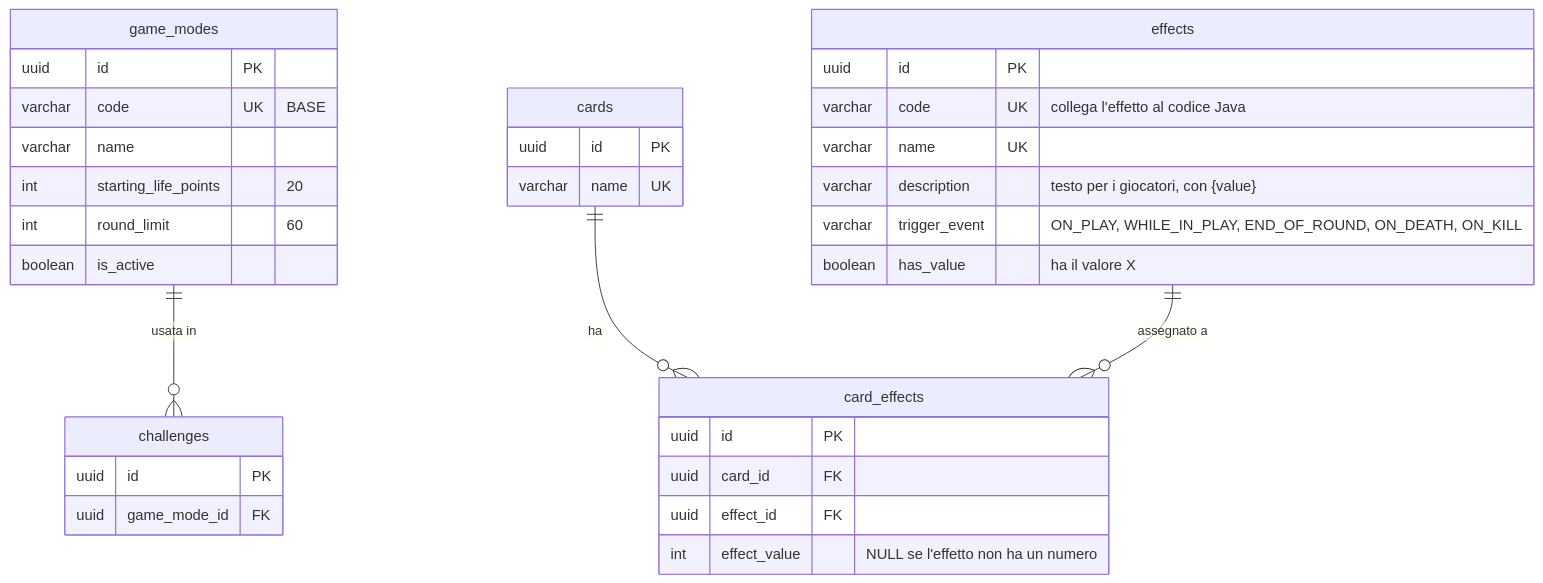
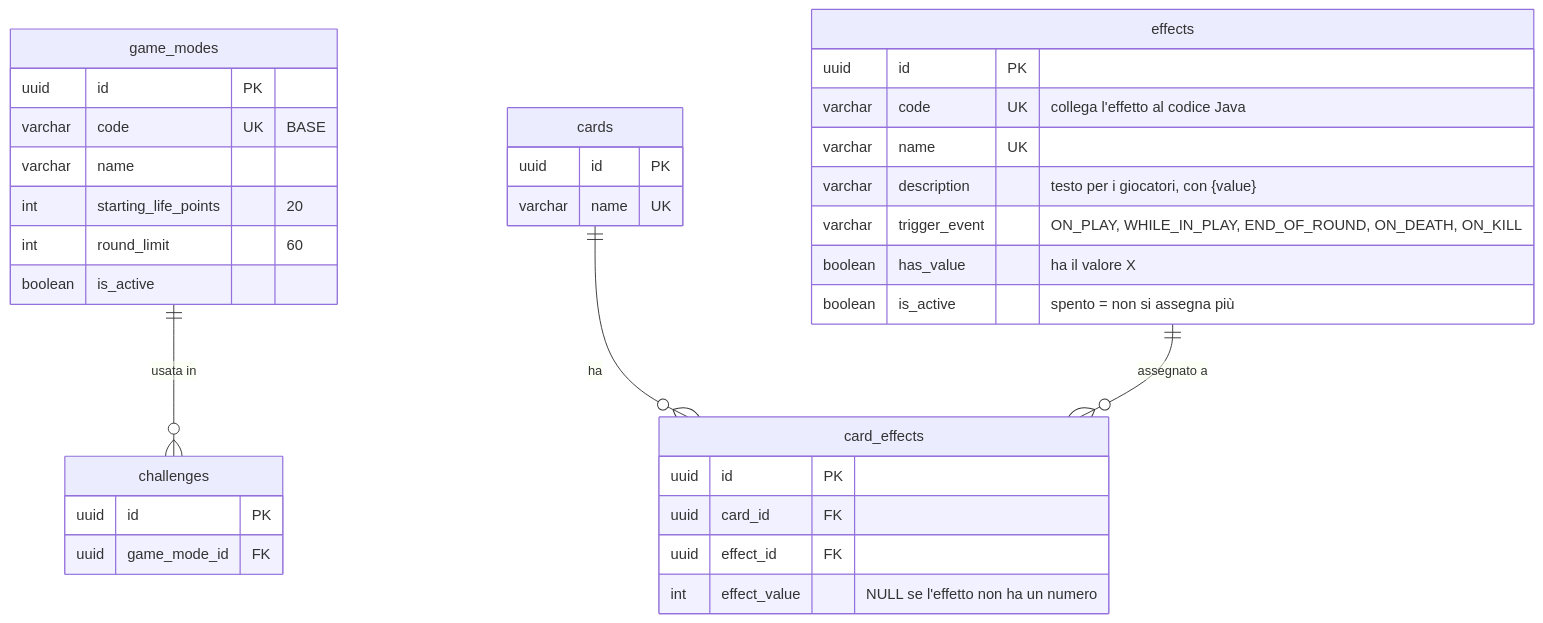
The fourth of 5 diagrams in docs/database/schema.md (cristianpappalardoITS/gruppo-05-dreamscape), drawn with Mermaid before and after one commit. The commit also changed other lines of this file and 13 other files, not shown here.

Commit message:
feat(database): aggiunge le migration V1-V10 dello schema (#69)

````diff
--- a/docs/database/schema.md
+++ b/docs/database/schema.md
@@ -339,37 +339,38 @@
 ```mermaid
 erDiagram
     game_modes ||--o{ challenges : "usata in"
     cards ||--o{ card_effects : "ha"
     effects ||--o{ card_effects : "assegnato a"
 
     game_modes {
         uuid id PK
         varchar code UK "BASE"
         varchar name
         int starting_life_points "20"
         int round_limit "60"
         boolean is_active
     }
     effects {
         uuid id PK
         varchar code UK "collega l'effetto al codice Java"
         varchar name UK
         varchar description "testo per i giocatori, con {value}"
         varchar trigger_event "ON_PLAY, WHILE_IN_PLAY, END_OF_ROUND, ON_DEATH, ON_KILL"
         boolean has_value "ha il valore X"
+        boolean is_active "spento = non si assegna più"
     }
     card_effects {
         uuid id PK
         uuid card_id FK
         uuid effect_id FK
         int effect_value "NULL se l'effetto non ha un numero"
     }
     challenges {
         uuid id PK
         uuid game_mode_id FK
     }
     cards {
         uuid id PK
         varchar name UK
     }
 ```
````
